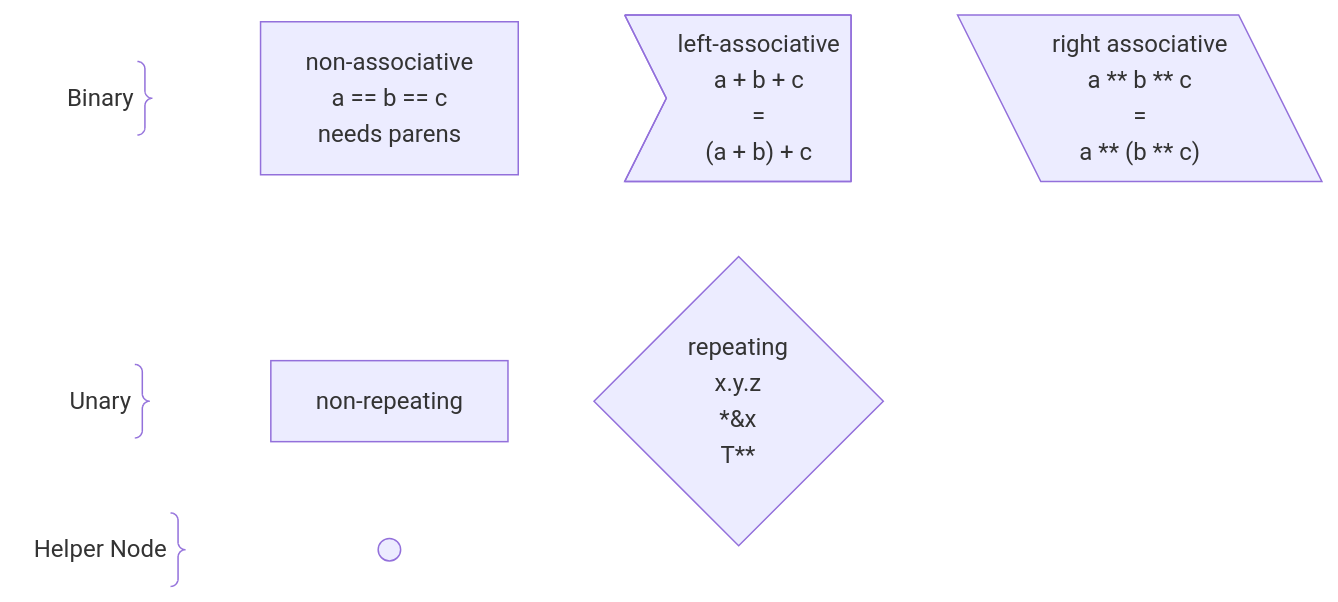
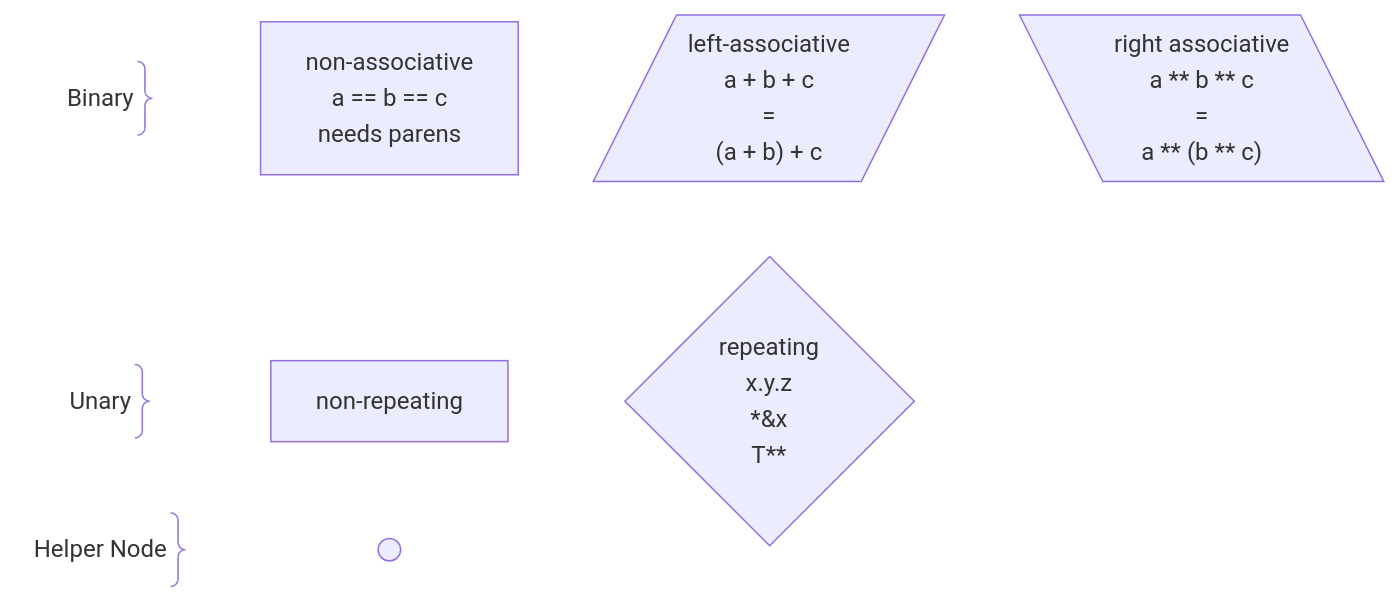
Before and after one commit to laro/Cilia: the second of 2 diagrams in 6 .../2 Unfinished Ideas.md, drawn with Mermaid. The commit also changed other lines of this file, not shown here.

````diff
--- a/6 .../2 Unfinished Ideas.md
+++ b/6 .../2 Unfinished Ideas.md
@@ -348,39 +348,39 @@
 ```mermaid
 %%{init: {'themeVariables': {'fontFamily': 'monospace'}}}%%
 graph LR
     binary@{ shape: brace-r, label: "Binary" }
 
     nonAssociative["non-associative
     a == b == c
     needs parens"]
 
-    leftAssociative>"left-associative
+    leftAssociative[/"left-associative
     a + b + c 
     =
-    (a + b) + c"]
+    (a + b) + c"/]
 
     rightAssociative[\"right associative
     a ** b ** c
     =
     a ** (b ** c)"\]
 
 
     unary@{ shape: brace-r, label: "Unary" }
 
     nonRepeating["non-repeating"]
 
     repeating{"repeating
     x.y.z
     *&x
     T**"}
 
 
     helper@{ shape: brace-r, label: "Helper Node" }
 
     circle((" "))
 
 
     binary ~~~ nonAssociative ~~~ leftAssociative ~~~ rightAssociative
     unary ~~~ nonRepeating ~~~ repeating
     helper ~~~ circle
 ```
````
